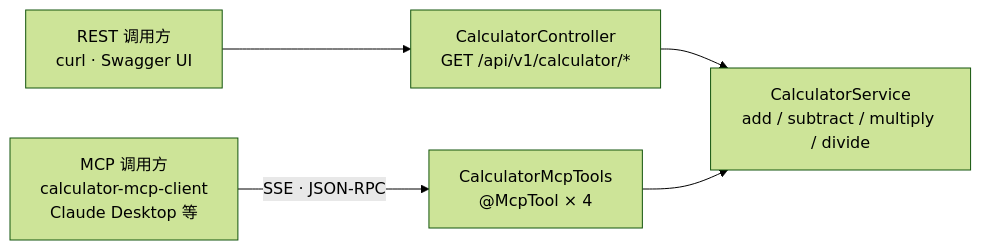
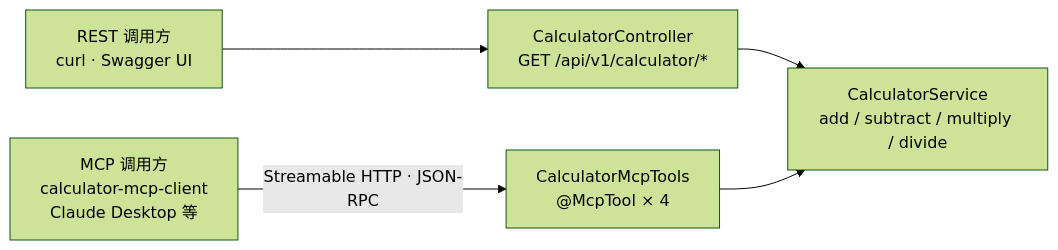
The first of 2 diagrams in README.md (Pickupolddriver/spring-ai-mcp-demo), drawn with Mermaid (forest theme) before and after one commit. The commit also changed other lines of this file and 10 other files, not shown here.

First line of the commit message:
feat: MCP 传输切到 Streamable HTTP，工具补 title 与 annotations

````diff
--- a/README.md
+++ b/README.md
@@ -51,7 +51,7 @@
 ```mermaid
 graph LR
     REST["REST 调用方<br/>curl · Swagger UI"] --> CTRL["CalculatorController<br/>GET /api/v1/calculator/*"]
-    MCPC["MCP 调用方<br/>calculator-mcp-client<br/>Claude Desktop 等"] -->|"SSE · JSON-RPC"| TOOLS["CalculatorMcpTools<br/>@McpTool × 4"]
+    MCPC["MCP 调用方<br/>calculator-mcp-client<br/>Claude Desktop 等"] -->|"Streamable HTTP · JSON-RPC"| TOOLS["CalculatorMcpTools<br/>@McpTool × 4"]
     CTRL --> SVC["CalculatorService<br/>add / subtract / multiply / divide"]
     TOOLS --> SVC
 ```
````
